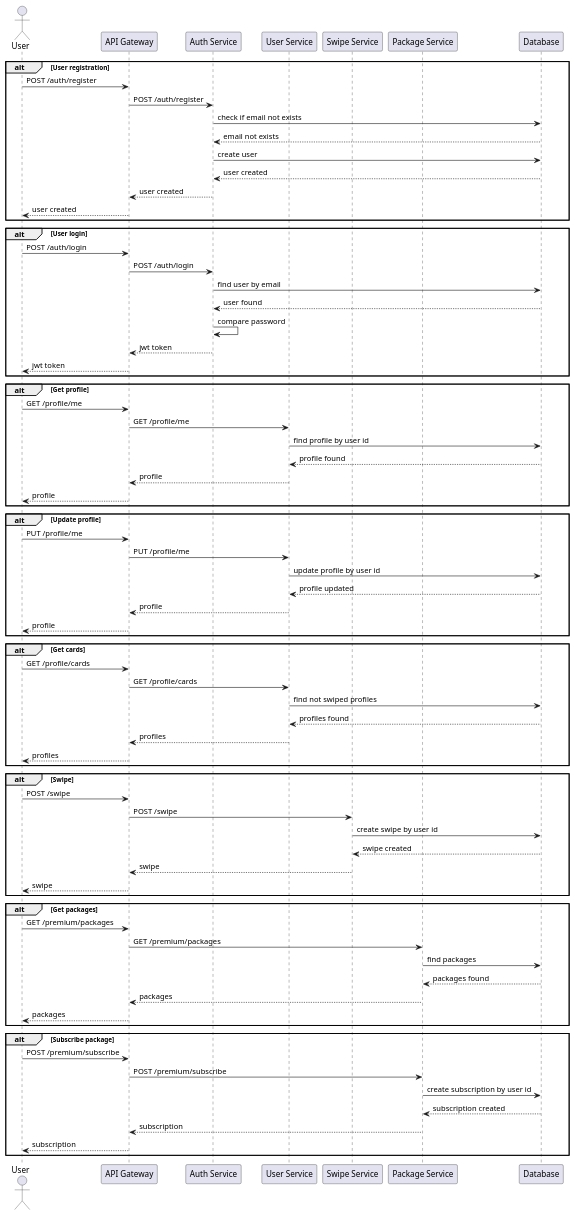
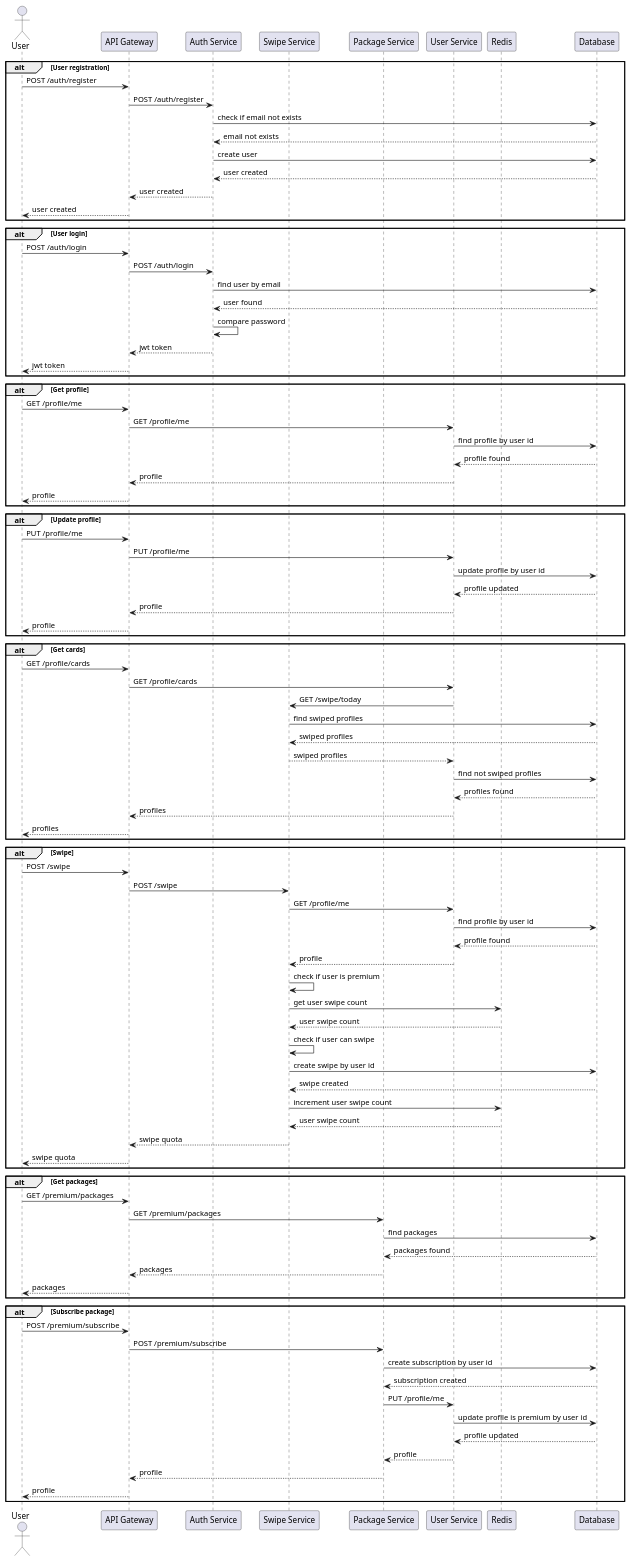
The diagram in docs/sequence-diagram.wsd (apitgelo/technical-test-dating-app-micro), drawn with PlantUML before and after one commit. The commit also changed 1 other file, not shown here.

Commit message:
docs: adds new endpoint on swagger and update sequence diagram

```diff
--- a/docs/sequence-diagram.wsd
+++ b/docs/sequence-diagram.wsd
@@ -1,85 +1,104 @@
 @startuml
 actor User
 participant APIGateway as "API Gateway"
 participant AuthService as "Auth Service"
-participant UserService as "User Service"
 participant SwipeService as "Swipe Service"
 participant PackageService as "Package Service"
+participant UserService as "User Service"
+participant Redis as "Redis"
 participant Database
 
 alt User registration
   User -> APIGateway: POST /auth/register
   APIGateway -> AuthService: POST /auth/register
   AuthService -> Database: check if email not exists
   Database --> AuthService: email not exists
   AuthService -> Database: create user
   Database --> AuthService: user created
   AuthService --> APIGateway: user created
   APIGateway --> User: user created
 end
 
 alt User login
   User -> APIGateway: POST /auth/login
   APIGateway -> AuthService: POST /auth/login
   AuthService -> Database: find user by email
   Database --> AuthService: user found
   AuthService -> AuthService: compare password
   AuthService --> APIGateway: jwt token
   APIGateway --> User: jwt token
 end
 
 alt Get profile
   User -> APIGateway: GET /profile/me
   APIGateway -> UserService: GET /profile/me
   UserService -> Database: find profile by user id
   Database --> UserService: profile found
   UserService --> APIGateway: profile
   APIGateway --> User: profile
 end
 
 alt Update profile
   User -> APIGateway: PUT /profile/me
   APIGateway -> UserService: PUT /profile/me
   UserService -> Database: update profile by user id
   Database --> UserService: profile updated
   UserService --> APIGateway: profile
   APIGateway --> User: profile
 end
 
 alt Get cards
   User -> APIGateway: GET /profile/cards
   APIGateway -> UserService: GET /profile/cards
+  UserService -> SwipeService: GET /swipe/today
+  SwipeService -> Database: find swiped profiles
+  Database --> SwipeService: swiped profiles
+  SwipeService --> UserService: swiped profiles
   UserService -> Database: find not swiped profiles
   Database --> UserService: profiles found
   UserService --> APIGateway: profiles
   APIGateway --> User: profiles
 end
 
 alt Swipe
   User -> APIGateway: POST /swipe
   APIGateway -> SwipeService: POST /swipe
+  SwipeService -> UserService: GET /profile/me
+  UserService -> Database: find profile by user id
+  Database --> UserService: profile found
+  UserService --> SwipeService: profile
+  SwipeService -> SwipeService: check if user is premium
+  SwipeService -> Redis: get user swipe count
+  Redis --> SwipeService: user swipe count
+  SwipeService -> SwipeService: check if user can swipe
   SwipeService -> Database: create swipe by user id
   Database --> SwipeService: swipe created
-  SwipeService --> APIGateway: swipe
-  APIGateway --> User: swipe
+  SwipeService -> Redis: increment user swipe count
+  Redis --> SwipeService: user swipe count
+  SwipeService --> APIGateway: swipe quota
+  APIGateway --> User: swipe quota
 end
 
 alt Get packages
   User -> APIGateway: GET /premium/packages
   APIGateway -> PackageService: GET /premium/packages
   PackageService -> Database: find packages
   Database --> PackageService: packages found
   PackageService --> APIGateway: packages
   APIGateway --> User: packages
 end
 
 alt Subscribe package
   User -> APIGateway: POST /premium/subscribe
   APIGateway -> PackageService: POST /premium/subscribe
   PackageService -> Database: create subscription by user id
   Database --> PackageService: subscription created
-  PackageService --> APIGateway: subscription
-  APIGateway --> User: subscription
+  PackageService -> UserService: PUT /profile/me
+  UserService -> Database: update profile is premium by user id
+  Database --> UserService: profile updated
+  UserService --> PackageService: profile
+  PackageService --> APIGateway: profile
+  APIGateway --> User: profile
 end
 
 @enduml
```
